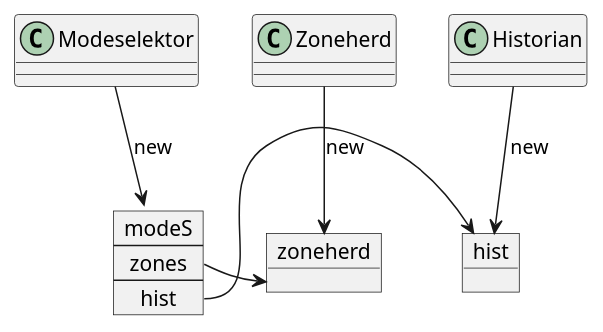
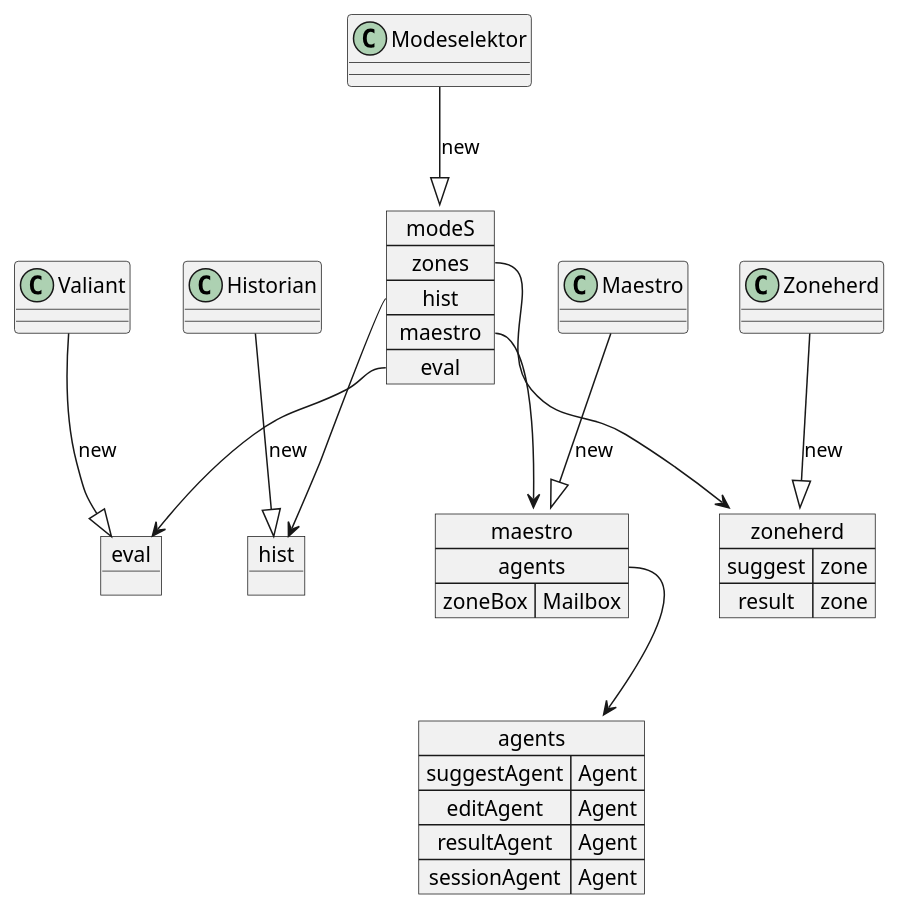
Before and after one commit to orb-lang/helm: the diagram in orb/design/helm.plantuml, drawn with PlantUML. The commit also changed 1 other file, not shown here.

Commit message:
Fleshing out plantUML

```diff
--- a/orb/design/helm.plantuml
+++ b/orb/design/helm.plantuml
@@ -2,16 +2,43 @@
 @startuml
 class Modeselektor
 class Historian
 class Zoneherd
+class Valiant
+class Maestro
 
-object zoneherd
+
 object hist
 
+object eval
+
+map zoneherd {
+    suggest => zone
+    result  => zone
+
+}
+
+map agents {
+   suggestAgent => Agent
+   editAgent => Agent
+   resultAgent => Agent
+   sessionAgent => Agent
+}
+
+map maestro {
+   agents *--> agents
+   zoneBox => Mailbox
+}
+
 map modeS {
-   zones *-> zoneherd
-   hist  *-> hist
+   zones *--> zoneherd
+   hist  *--> hist
+   maestro *--> maestro
+   eval    *--> eval
 }
-Modeselektor --> modeS : new
-Zoneherd --> zoneherd : new
-Historian --> hist : new
+
+Modeselektor --|> modeS : new
+Zoneherd --|> zoneherd : new
+Historian --|> hist : new
+Valiant --|> eval : new
+Maestro --|> maestro : new
 @enduml
```
